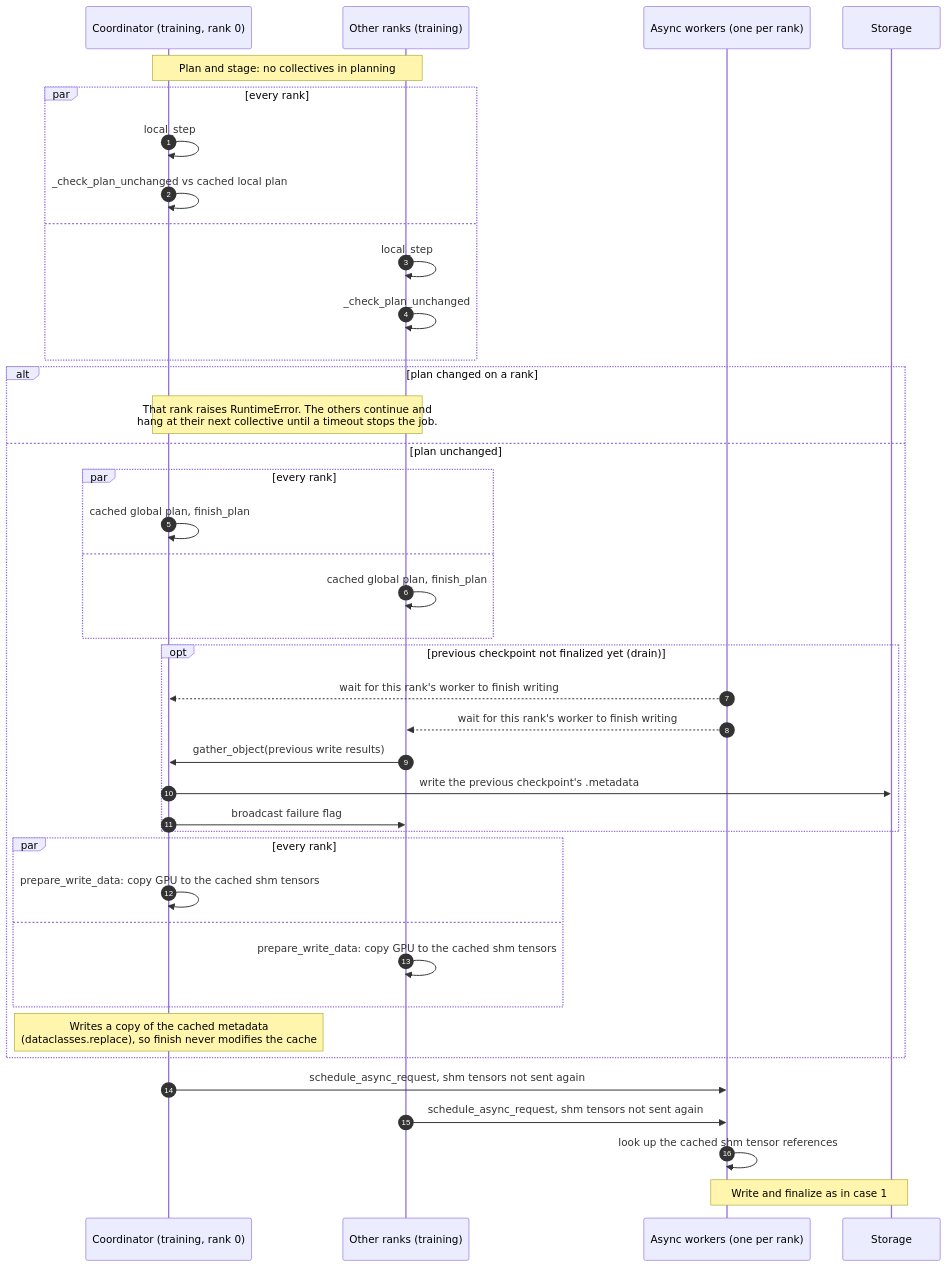
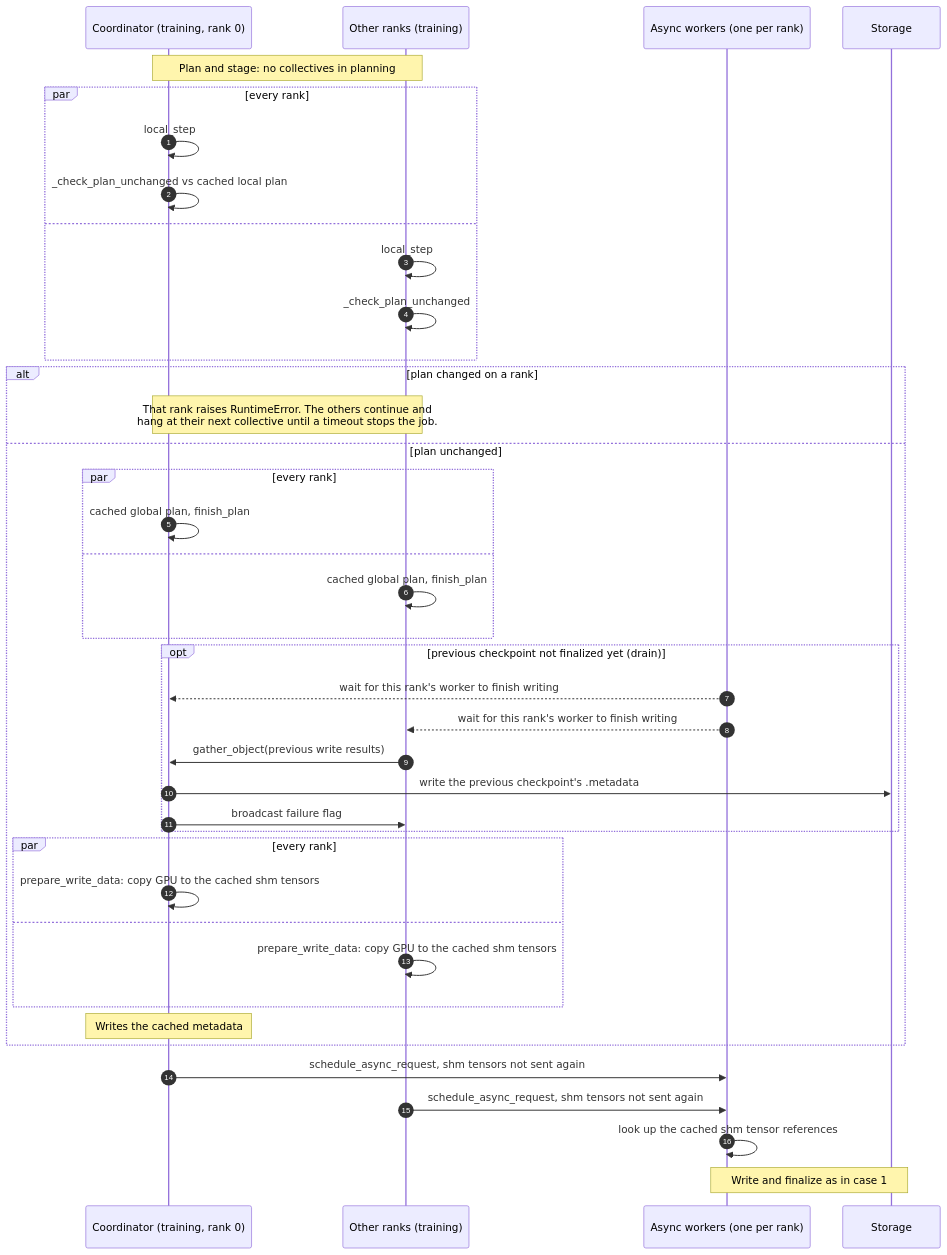
Before and after one commit to NVIDIA/nvidia-resiliency-ext: the second of 3 diagrams in docs/design/checkpoint/ASYNC_SAVE.md, drawn with Mermaid. The commit also changed other lines of this file, not shown here.

Commit message:
Describe the single metadata copy in the design doc

````diff
--- a/docs/design/checkpoint/ASYNC_SAVE.md
+++ b/docs/design/checkpoint/ASYNC_SAVE.md
@@ -99,44 +99,44 @@
 ```mermaid
 sequenceDiagram
     autonumber
     participant C as Coordinator (training, rank 0)
     participant R as Other ranks (training)
     participant W as Async workers (one per rank)
     participant S as Storage
 
     Note over C,R: Plan and stage: no collectives in planning
     par every rank
         C->>C: local_step
         C->>C: _check_plan_unchanged vs cached local plan
     and
         R->>R: local_step
         R->>R: _check_plan_unchanged
     end
     alt plan changed on a rank
         Note over C,R: That rank raises RuntimeError. The others continue and<br/>hang at their next collective until a timeout stops the job.
     else plan unchanged
         par every rank
             C->>C: cached global plan, finish_plan
         and
             R->>R: cached global plan, finish_plan
         end
         opt previous checkpoint not finalized yet (drain)
             W-->>C: wait for this rank's worker to finish writing
             W-->>R: wait for this rank's worker to finish writing
             R->>C: gather_object(previous write results)
             C->>S: write the previous checkpoint's .metadata
             C->>R: broadcast failure flag
         end
         par every rank
             C->>C: prepare_write_data: copy GPU to the cached shm tensors
         and
             R->>R: prepare_write_data: copy GPU to the cached shm tensors
         end
-        Note over C: Writes a copy of the cached metadata<br/>(dataclasses.replace), so finish never modifies the cache
+        Note over C: Writes the cached metadata
     end
 
     C->>W: schedule_async_request, shm tensors not sent again
     R->>W: schedule_async_request, shm tensors not sent again
     W->>W: look up the cached shm tensor references
     Note over W,S: Write and finalize as in case 1
 ```
````
